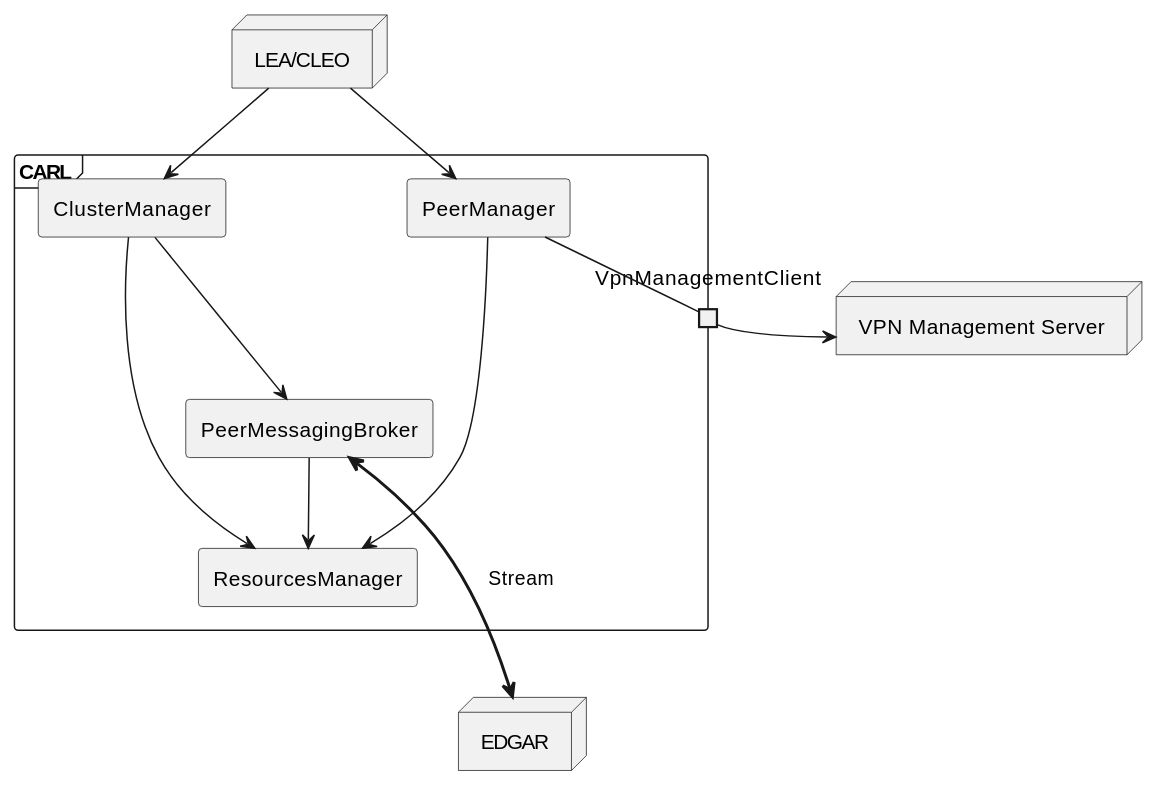
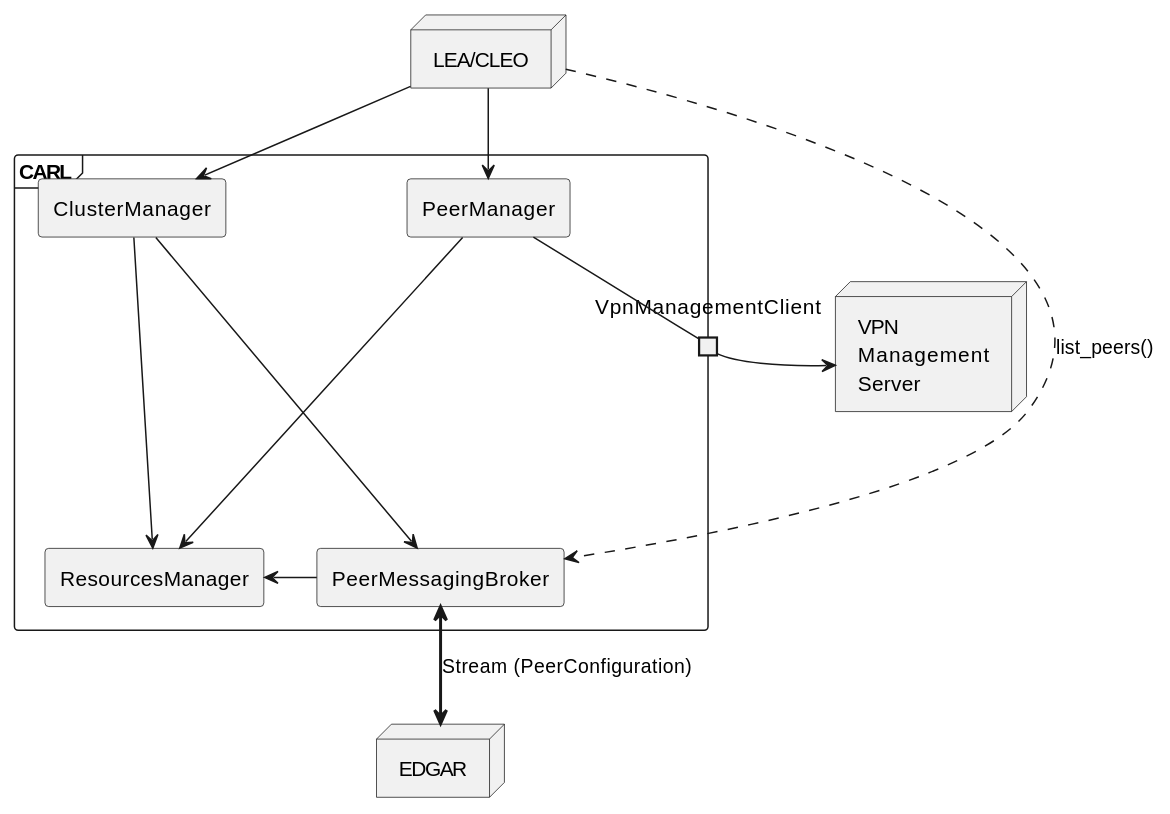
The diagram in doc/src/architecture/carl/index.md (eclipse-opendut/opendut), drawn with PlantUML before and after one commit. The commit also changed 2 other files, not shown here.

Commit message:
Doc -> Integrate feedback into architecture overviews.

````diff
--- a/doc/src/architecture/carl/index.md
+++ b/doc/src/architecture/carl/index.md
@@ -3,29 +3,30 @@
 ```plantuml
 @startuml
 node "LEA/CLEO" as UI
 
 frame CARL {
   agent ClusterManager
   agent PeerManager
+  portout VpnManagementClient
   agent PeerMessagingBroker
   agent ResourcesManager
-  portout VpnManagementClient
 }
-node "VPN Management Server"
+node "VPN\nManagement\nServer" as VpnManagementServer
 node EDGAR
 
 UI --> ClusterManager
 UI --> PeerManager
+UI ...> PeerMessagingBroker : list_peers()
 
 ClusterManager --> PeerMessagingBroker
 ClusterManager ---> ResourcesManager
 PeerManager -- VpnManagementClient
 PeerManager ---> ResourcesManager
-PeerMessagingBroker --> ResourcesManager
+ResourcesManager <- PeerMessagingBroker
 
-PeerMessagingBroker <===> EDGAR : Stream
+PeerMessagingBroker <==> EDGAR : Stream (PeerConfiguration)
 
-VpnManagementClient -> "VPN Management Server"
+VpnManagementClient -> VpnManagementServer
 
 @enduml
 ```
````
